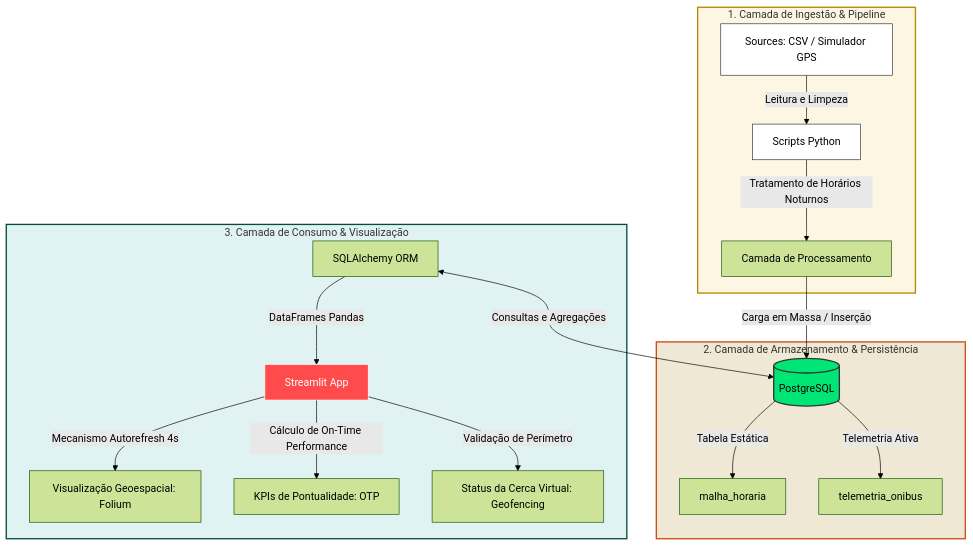
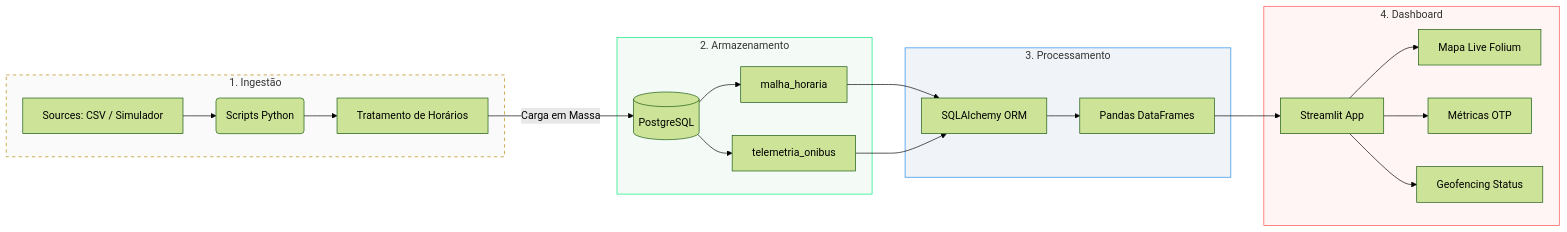
Before and after one commit to eduardohnsantos/Projeto_BusFlowRP: the diagram in README.md, drawn with Mermaid (forest theme). The commit also changed other lines of this file, not shown here.

````diff
--- a/README.md
+++ b/README.md
@@ -86,36 +116,35 @@
 ```mermaid
-graph TD
-    %% Camada de Ingestão
-    subgraph INGESTION [1. Camada de Ingestão & Pipeline]
-        A[Sources: CSV / Simulador GPS] -->|Leitura e Limpeza| B[Scripts Python]
-        B -->|Tratamento de Horários Noturnos| C[Camada de Processamento]
+graph LR
+    %% 1. Camada de Origem e Ingestão
+    subgraph INGESTÃO [1. Ingestão]
+        A[Sources: CSV / Simulador] --> B(Scripts Python)
+        B --> C[Tratamento de Horários]
     end
 
-    %% Camada de Armazenamento
-    subgraph STORAGE [2. Camada de Armazenamento & Persistência]
-        C -->|Carga em Massa / Inserção| D[(PostgreSQL)]
-        D -->|Tabela Estática| E[malha_horaria]
-        D -->|Telemetria Ativa| F[telemetria_onibus]
+    %% 2. Camada de Armazenamento
+    subgraph ARMAZENAMENTO [2. Armazenamento]
+        C -->|Carga em Massa| D[(PostgreSQL)]
+        D --> E[malha_horaria]
+        D --> F[telemetria_onibus]
     end
 
-    %% Camada de Consumo
-    subgraph CONSUMPTION [3. Camada de Consumo & Visualização]
-        G[SQLAlchemy ORM] <-->|Consultas e Agregações| D
-        G -->|DataFrames Pandas| H[Streamlit App]
-        
-        %% Detalhes do Painel
-        H -->|Mecanismo Autorefresh 4s| I[Visualização Geoespacial: Folium]
-        H -->|Cálculo de On-Time Performance| J[KPIs de Pontualidade: OTP]
-        H -->|Validação de Perímetro| K[Status da Cerca Virtual: Geofencing]
+    %% 3. Camada de Backend e ORM
+    subgraph BACKEND [3. Processamento]
+        E & F --> G[SQLAlchemy ORM]
+        G --> H[Pandas DataFrames]
     end
 
-    %% Customização de Cores
-    style INGESTION fill:#fdf6e3,stroke:#b58900,stroke-width:2px
-    style STORAGE fill:#eee8d5,stroke:#cb4b16,stroke-width:2px
-    style CONSUMPTION fill:#e0f2f1,stroke:#004d40,stroke-width:2px
-    
-    style A fill:#fff,stroke:#333
-    style B fill:#fff,stroke:#333
-    style D fill:#00E676,stroke:#333,stroke-width:2px,color:#000
-    style H fill:#FF4B4B,stroke:#fff,color:#fff
+    %% 4. Camada de Apresentação
+    subgraph VISUALIZAÇÃO [4. Dashboard]
+        H --> I[Streamlit App]
+        I --> J[Mapa Live Folium]
+        I --> K[Métricas OTP]
+        I --> L[Geofencing Status]
+    end
+
+    %% Estilos
+    style INGESTÃO fill:#fafafa,stroke:#b58900,stroke-width:1px,stroke-dasharray: 5 5
+    style ARMAZENAMENTO fill:#f4fbf7,stroke:#00E676,stroke-width:1px
+    style BACKEND fill:#f0f4f8,stroke:#1E88E5,stroke-width:1px
+    style VISUALIZAÇÃO fill:#fff5f5,stroke:#FF4B4B,stroke-width:1px
 ```
````
